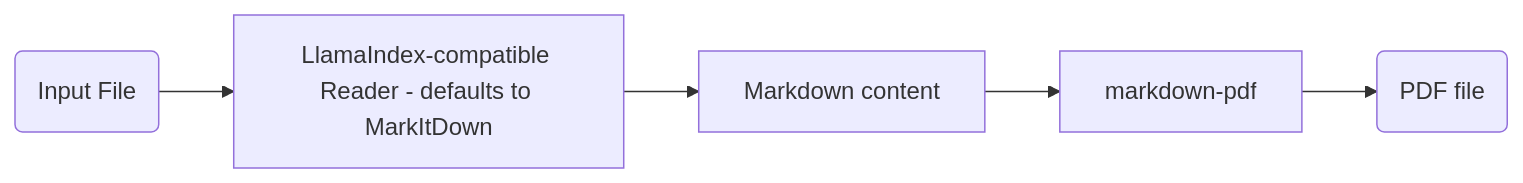
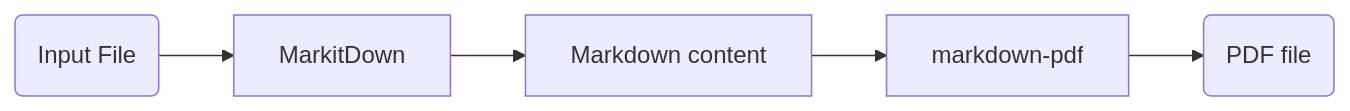
Before and after one commit to AstraBert/PdfItDown: the third of 4 diagrams in README.md, drawn with Mermaid. The commit also changed other lines of this file, not shown here.

````diff
--- a/README.md
+++ b/README.md
@@ -55,7 +55,7 @@
 ```mermaid
 graph LR
-2(Input File) -->  3[LlamaIndex-compatible Reader - defaults to MarkItDown]
-3[LlamaIndex-compatible Reader - defaults to MarkItDown] -->  4[Markdown content]
+2(Input File) -->  3[MarkitDown]
+3[MarkitDown] -->  4[Markdown content]
 4[Markdown content] --> 5[markdown-pdf]
 5[markdown-pdf] --> 6(PDF file)
 ```
````
